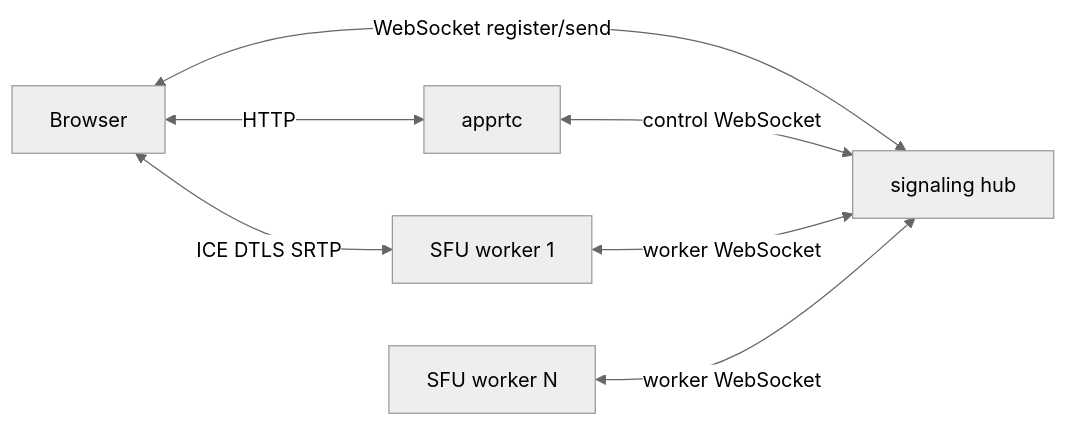
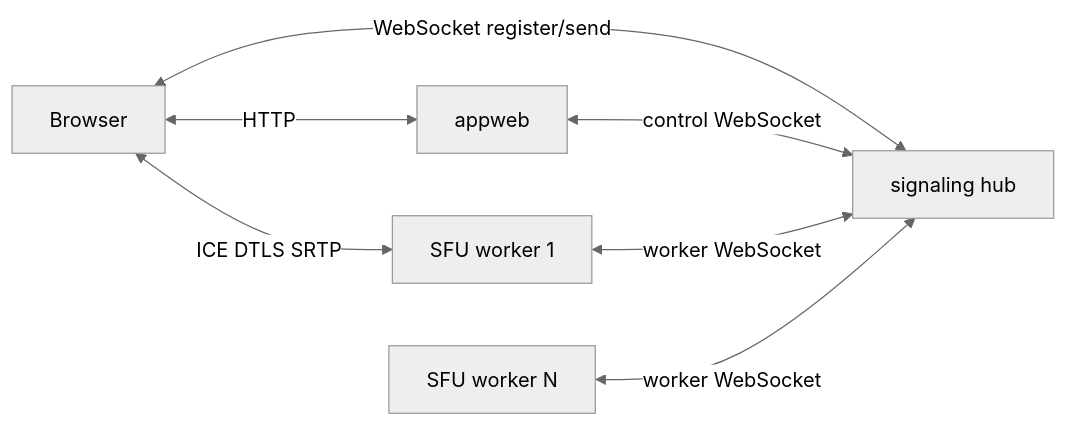
One commit to webrtc-rs/apprtc changed the first of 3 diagrams in docs/design/apprtc-signaling-architecture-design.md. Above: the diagram before and after it, drawn with Mermaid (neutral theme). The commit also changed other lines of this file and 2 other files, not shown here.

````diff
--- a/docs/design/apprtc-signaling-architecture-design.md
+++ b/docs/design/apprtc-signaling-architecture-design.md
@@ -23,9 +24,9 @@
 ```mermaid
 flowchart LR
-    B[Browser] <-- HTTP --> A[apprtc]
+    B[Browser] <-- HTTP --> A[appweb]
     B <-- WebSocket register/send --> S[signaling hub]
     A <-- control WebSocket --> S
     F1[SFU worker 1] <-- worker WebSocket --> S
     F2[SFU worker N] <-- worker WebSocket --> S
     B <-- ICE DTLS SRTP --> F1
 ```
````
